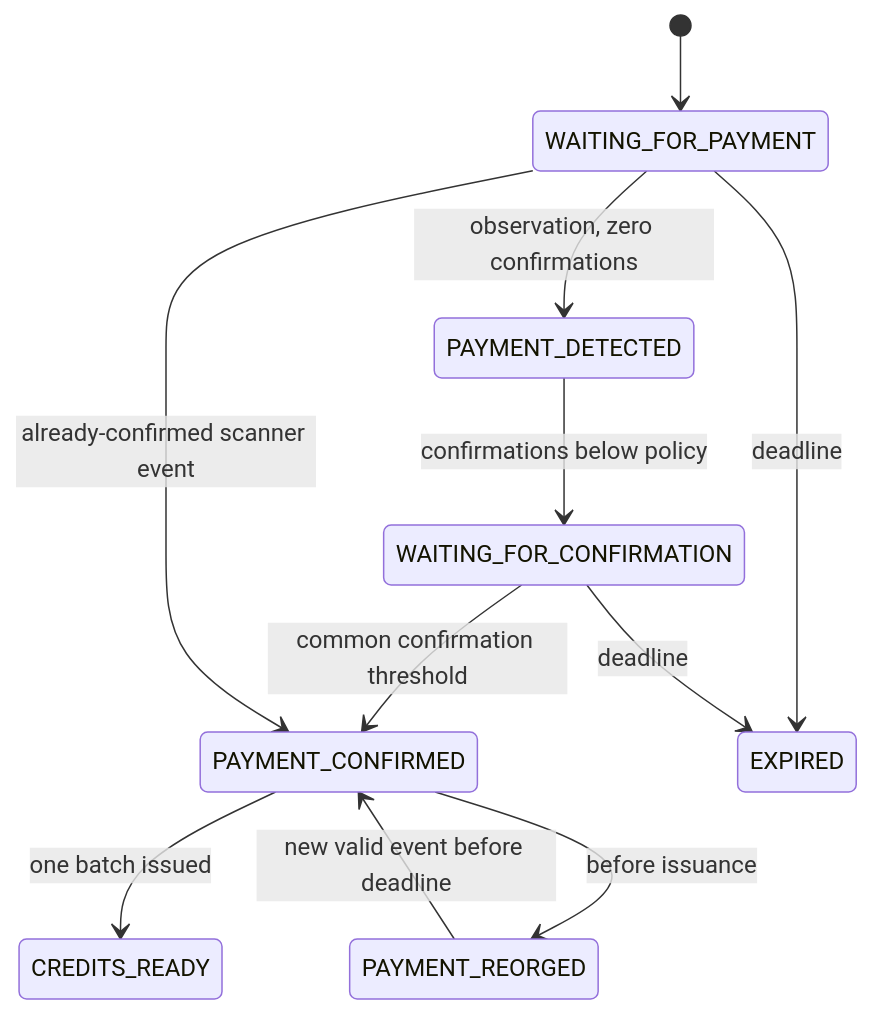
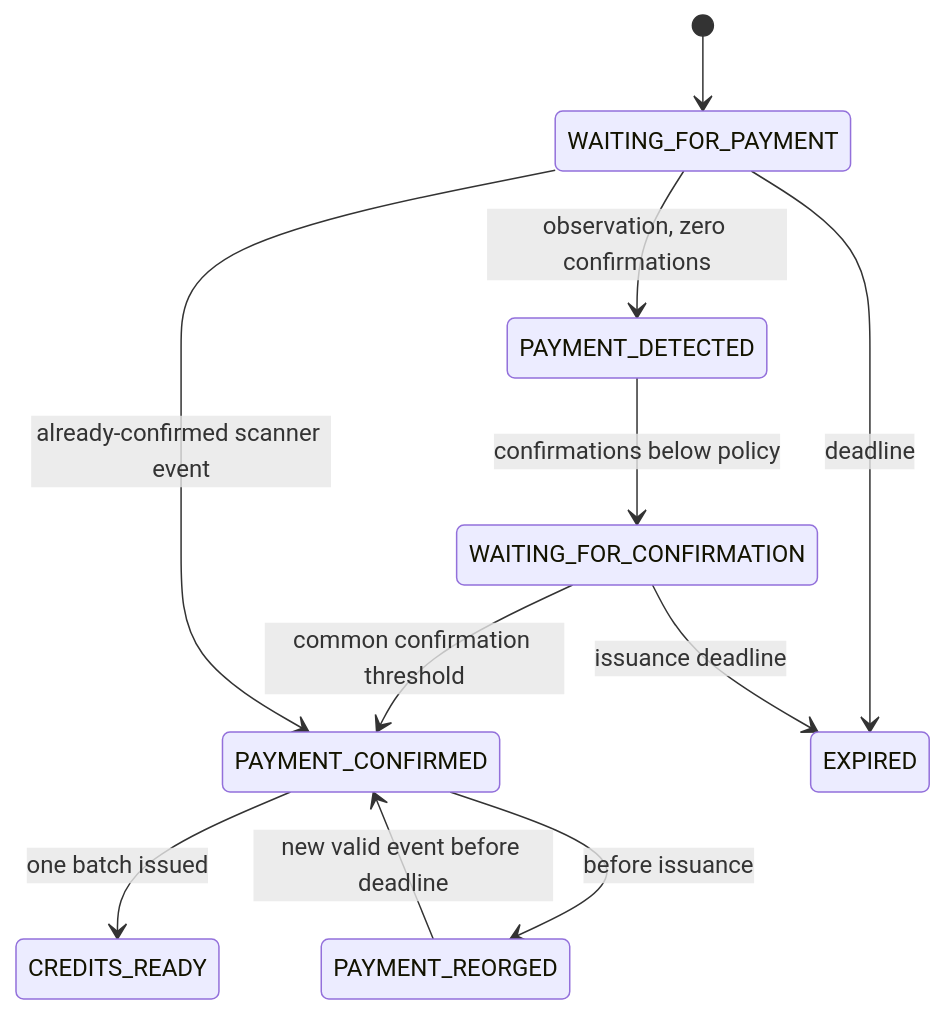
One commit to nativeanish/blindpass changed the second of 3 diagrams in docs/architecture.md. Above: the diagram before and after it, drawn with Mermaid. The commit also changed other lines of this file and 206 other files, not shown here.

````diff
--- a/docs/architecture.md
+++ b/docs/architecture.md
@@ -35,13 +35,13 @@
 ```mermaid
 stateDiagram-v2
   [*] --> WAITING_FOR_PAYMENT
   WAITING_FOR_PAYMENT --> PAYMENT_DETECTED: observation, zero confirmations
   PAYMENT_DETECTED --> WAITING_FOR_CONFIRMATION: confirmations below policy
   WAITING_FOR_CONFIRMATION --> PAYMENT_CONFIRMED: common confirmation threshold
   WAITING_FOR_PAYMENT --> PAYMENT_CONFIRMED: already-confirmed scanner event
   PAYMENT_CONFIRMED --> CREDITS_READY: one batch issued
   WAITING_FOR_PAYMENT --> EXPIRED: deadline
-  WAITING_FOR_CONFIRMATION --> EXPIRED: deadline
+  WAITING_FOR_CONFIRMATION --> EXPIRED: issuance deadline
   PAYMENT_CONFIRMED --> PAYMENT_REORGED: before issuance
   PAYMENT_REORGED --> PAYMENT_CONFIRMED: new valid event before deadline
 ```
````
